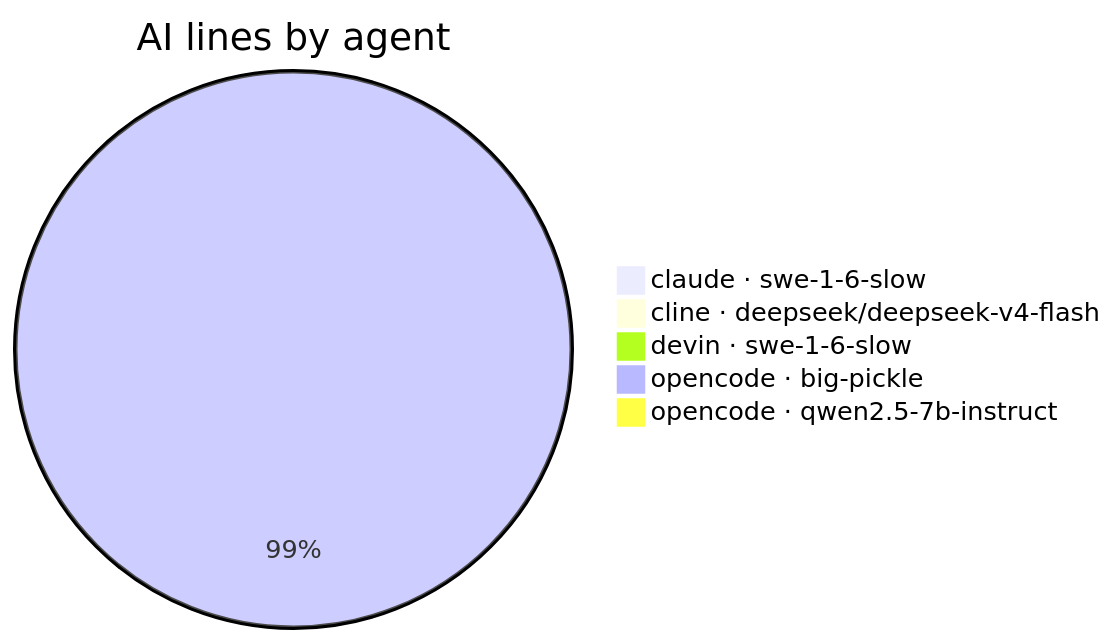
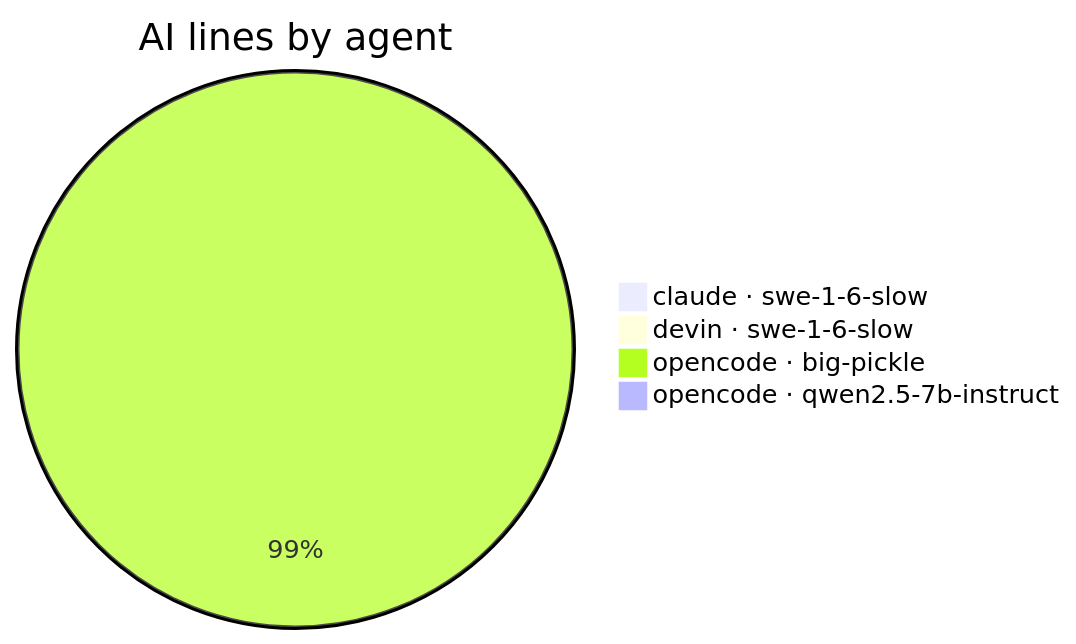
One commit to CaliMark/game-of-life changed the second of 5 diagrams in AI-AUTHORSHIP.md. Above: the diagram before and after it, drawn with Mermaid. The commit also changed other lines of this file and 1 other file, not shown here.

````diff
--- a/AI-AUTHORSHIP.md
+++ b/AI-AUTHORSHIP.md
@@ -34,8 +33,7 @@
 ```mermaid
 pie title AI lines by agent
     "claude · swe-1-6-slow" : 1
-    "cline · deepseek/deepseek-v4-flash" : 1
     "devin · swe-1-6-slow" : 1
     "opencode · big-pickle" : 606
     "opencode · qwen2.5-7b-instruct" : 3
 ```
````
